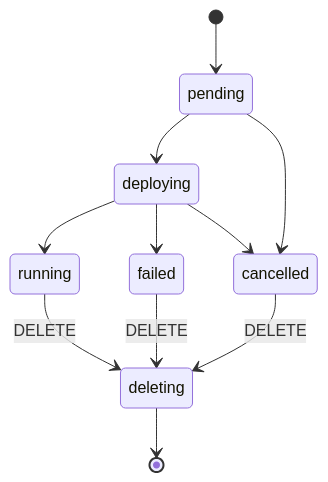
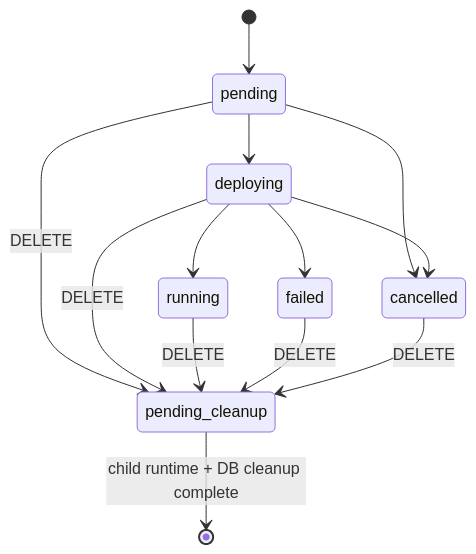
The second of 3 diagrams in documentation/apps/app_catalog/api-reference.md (nima-salamat/django-paas-deployer), drawn with Mermaid before and after one commit. The commit also changed other lines of this file, not shown here.

Commit message:
docs(app_catalog): align deletion diagram with current coordinator states

````diff
--- a/documentation/apps/app_catalog/api-reference.md
+++ b/documentation/apps/app_catalog/api-reference.md
@@ -70,13 +70,15 @@
 ```mermaid
 stateDiagram-v2
     [*] --> pending
     pending --> deploying
     deploying --> running
     deploying --> failed
     pending --> cancelled
     deploying --> cancelled
-    running --> deleting: DELETE
-    failed --> deleting: DELETE
-    cancelled --> deleting: DELETE
-    deleting --> [*]
+    pending --> pending_cleanup: DELETE
+    deploying --> pending_cleanup: DELETE
+    running --> pending_cleanup: DELETE
+    failed --> pending_cleanup: DELETE
+    cancelled --> pending_cleanup: DELETE
+    pending_cleanup --> [*]: child runtime + DB cleanup complete
 ```
````
